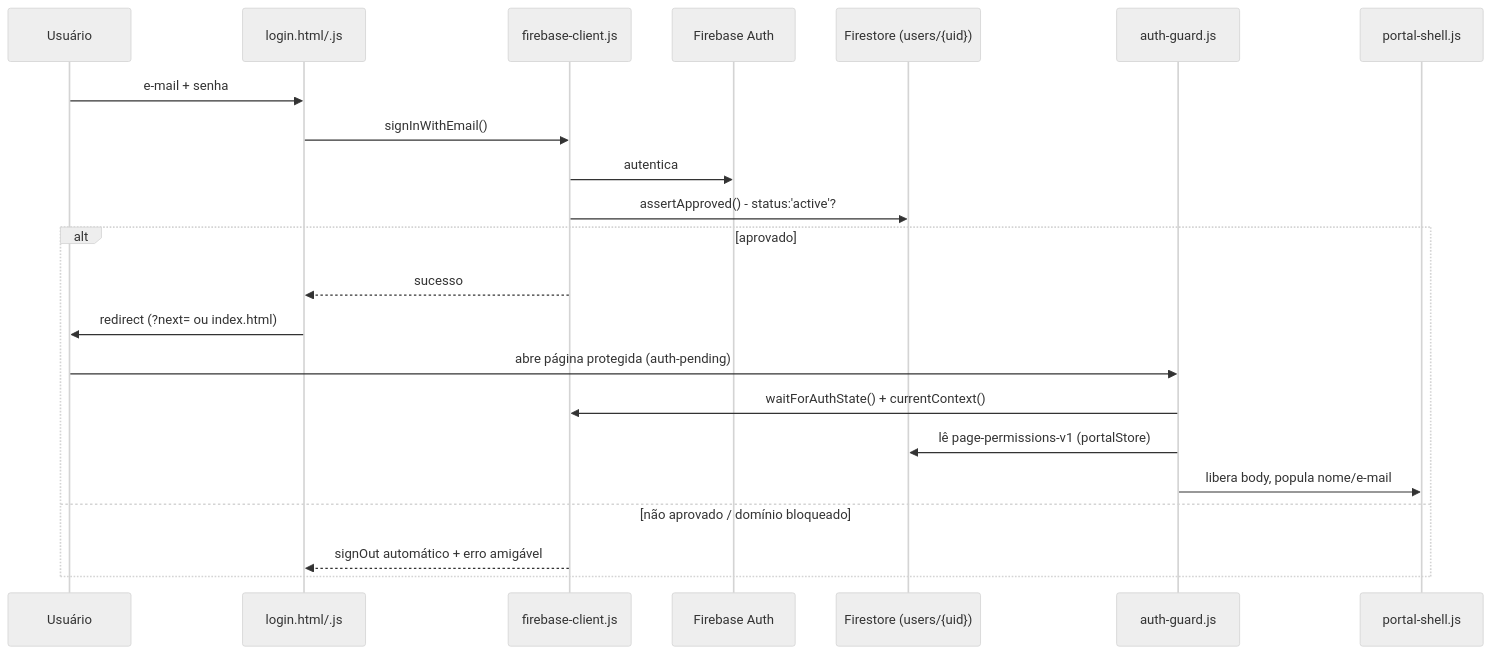
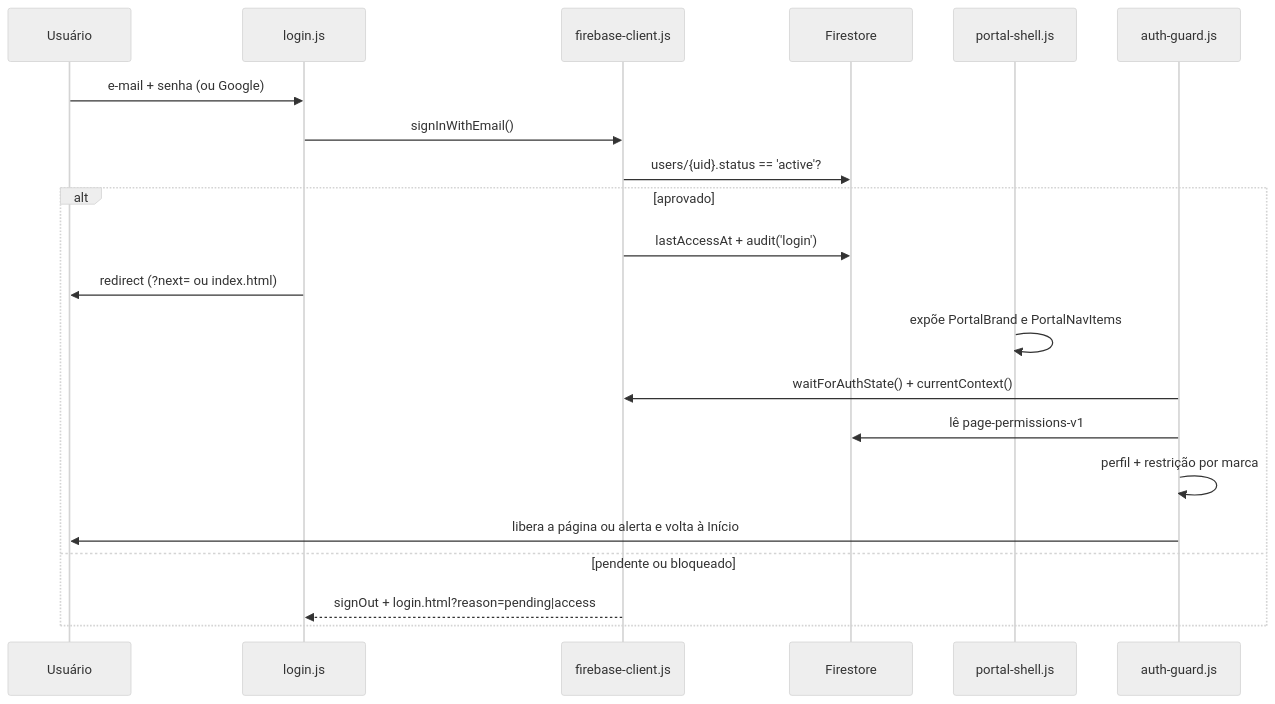
The third of 6 diagrams in docs/CODEBASE_MAP.md (vonderferramentas-coder/portalmktovd), drawn with Mermaid (neutral theme) before and after one commit. The commit also changed other lines of this file and 15 other files, not shown here.

````diff
--- a/docs/CODEBASE_MAP.md
+++ b/docs/CODEBASE_MAP.md
@@ -247,25 +383,24 @@
 ```mermaid
 sequenceDiagram
     participant U as Usuário
-    participant Login as login.html/.js
+    participant Login as login.js
     participant FB as firebase-client.js
-    participant Auth as Firebase Auth
-    participant FS as Firestore (users/{uid})
+    participant FS as Firestore
+    participant Shell as portal-shell.js
     participant Guard as auth-guard.js
-    participant Shell as portal-shell.js
 
-    U->>Login: e-mail + senha
+    U->>Login: e-mail + senha (ou Google)
     Login->>FB: signInWithEmail()
-    FB->>Auth: autentica
-    FB->>FS: assertApproved() - status:'active'?
+    FB->>FS: users/{uid}.status == 'active'?
     alt aprovado
-        FB-->>Login: sucesso
+        FB->>FS: lastAccessAt + audit('login')
         Login->>U: redirect (?next= ou index.html)
-        U->>Guard: abre página protegida (auth-pending)
+        Shell->>Shell: expõe PortalBrand e PortalNavItems
         Guard->>FB: waitForAuthState() + currentContext()
-        Guard->>FS: lê page-permissions-v1 (portalStore)
-        Guard->>Shell: libera body, popula nome/e-mail
-    else não aprovado / domínio bloqueado
-        FB-->>Login: signOut automático + erro amigável
+        Guard->>FS: lê page-permissions-v1
+        Guard->>Guard: perfil + restrição por marca
+        Guard->>U: libera a página ou alerta e volta à Início
+    else pendente ou bloqueado
+        FB-->>Login: signOut + login.html?reason=pending|access
     end
 ```
````
